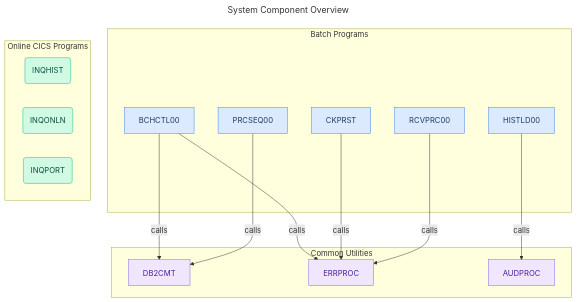
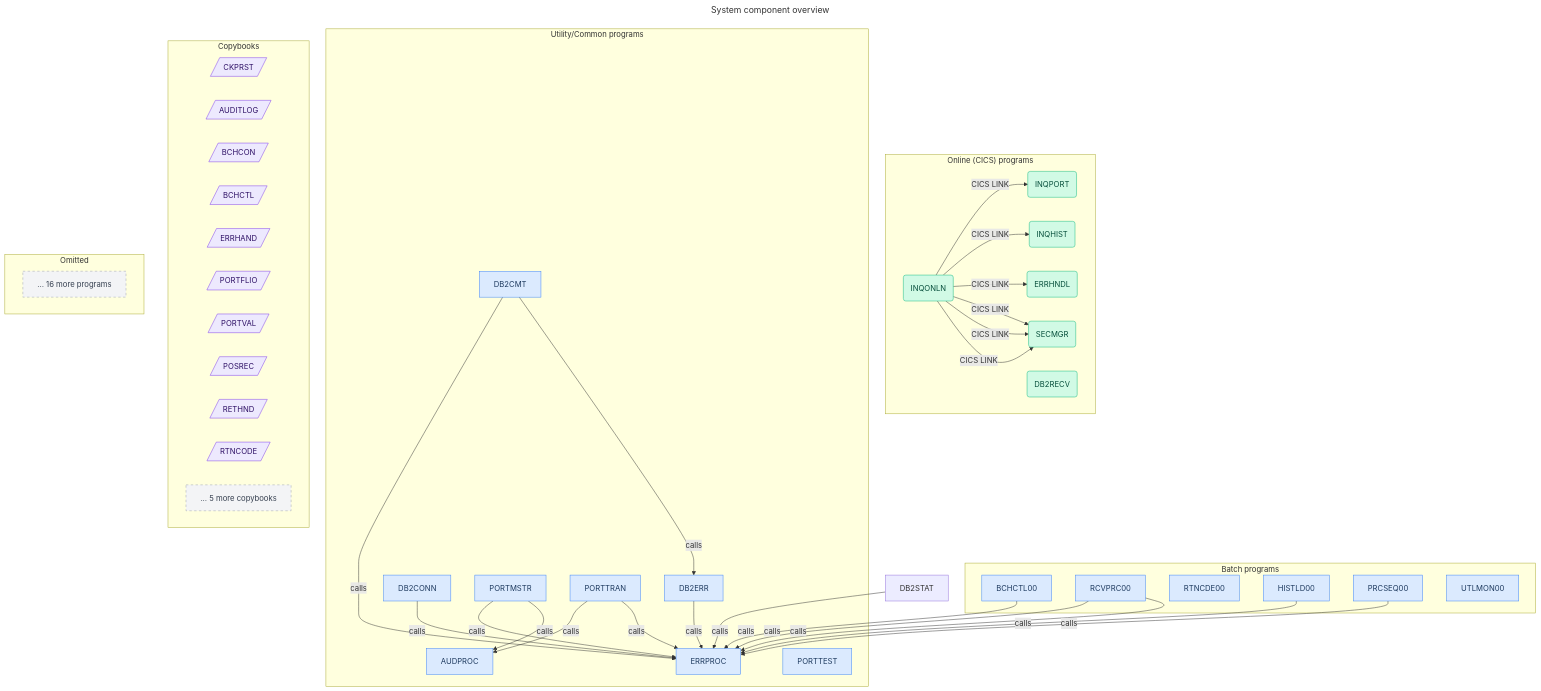
One commit to Udaradg/legacy-modernization-harness changed the diagram in output/diagram/diagrams/component_overview.mmd. Above: the diagram before and after it, drawn with Mermaid. The commit also changed 202 other files, not shown here.

```diff
--- a/output/diagram/diagrams/component_overview.mmd
+++ b/output/diagram/diagrams/component_overview.mmd
@@ -1,38 +1,81 @@
 ---
-title: System Component Overview
+title: System component overview
 ---
 flowchart TD
-  %% Generated by 6_diagram agent — component-mapper skill
-  %% Showing 42 programs and 106 call edges
+  %% Showing top 20 of 36 programs by connectivity
+  %% Generated by 6_diagram agent -- component-mapper skill
 
   classDef batch   fill:#dbeafe,stroke:#3b82f6,color:#1e3a5f
   classDef online  fill:#d1fae5,stroke:#10b981,color:#064e3b
-  classDef common  fill:#f0e7ff,stroke:#8b5cf6,color:#4c1d95
-  classDef external fill:#f3f4f6,stroke:#9ca3af,color:#374151
+  classDef copybook fill:#ede9fe,stroke:#7c3aed,color:#2e1065
+  classDef datastore fill:#fef3c7,stroke:#f59e0b,color:#451a03
+  classDef external fill:#f3f4f6,stroke:#9ca3af,color:#374151,stroke-dasharray:5 5
+  classDef jcl     fill:#ede9fe,stroke:#7c3aed,color:#2e1065
 
-  subgraph BATCH["Batch Programs"]
-    BCHCTL00["BCHCTL00"]:::batch
-    CKPRST["CKPRST"]:::batch
-    HISTLD00["HISTLD00"]:::batch
-    PRCSEQ00["PRCSEQ00"]:::batch
-    RCVPRC00["RCVPRC00"]:::batch
+  subgraph BATCH["Batch programs"]
+    BCHCTL00[BCHCTL00]:::batch
+    RCVPRC00[RCVPRC00]:::batch
+    RTNCDE00[RTNCDE00]:::batch
+    HISTLD00[HISTLD00]:::batch
+    PRCSEQ00[PRCSEQ00]:::batch
+    UTLMON00[UTLMON00]:::batch
   end
 
-  subgraph ONLINE["Online CICS Programs"]
-    INQHIST("INQHIST"):::online
-    INQONLN("INQONLN"):::online
-    INQPORT("INQPORT"):::online
+  subgraph ONLINE["Online (CICS) programs"]
+    INQONLN(INQONLN):::online
+    INQHIST(INQHIST):::online
+    INQPORT(INQPORT):::online
+    SECMGR(SECMGR):::online
+    DB2RECV(DB2RECV):::online
+    ERRHNDL(ERRHNDL):::online
   end
 
-  subgraph COMMON["Common Utilities"]
-    DB2CMT["DB2CMT"]:::common
-    ERRPROC["ERRPROC"]:::common
-    AUDPROC["AUDPROC"]:::common
+  subgraph UTIL["Utility/Common programs"]
+    ERRPROC[ERRPROC]:::batch
+    DB2ERR[DB2ERR]:::batch
+    DB2CMT[DB2CMT]:::batch
+    DB2CONN[DB2CONN]:::batch
+    AUDPROC[AUDPROC]:::batch
+    PORTMSTR[PORTMSTR]:::batch
+    PORTTEST[PORTTEST]:::batch
+    PORTTRAN[PORTTRAN]:::batch
   end
 
+  subgraph COPYBOOKS["Copybooks"]
+    CKPRST[/CKPRST/]:::copybook
+    AUDITLOG[/AUDITLOG/]:::copybook
+    BCHCON[/BCHCON/]:::copybook
+    BCHCTL[/BCHCTL/]:::copybook
+    ERRHAND[/ERRHAND/]:::copybook
+    PORTFLIO[/PORTFLIO/]:::copybook
+    PORTVAL[/PORTVAL/]:::copybook
+    POSREC[/POSREC/]:::copybook
+    RETHND[/RETHND/]:::copybook
+    RTNCODE[/RTNCODE/]:::copybook
+    OMITTED_CB["... 5 more copybooks"]:::external
+  end
+
+  subgraph OMITTED["Omitted"]
+    OMITTED_PROGS["... 16 more programs"]:::external
+  end
+
+  DB2CMT -->|calls| ERRPROC
+  DB2CMT -->|calls| DB2ERR
+  DB2ERR -->|calls| ERRPROC
   BCHCTL00 -->|calls| ERRPROC
-  BCHCTL00 -->|calls| DB2CMT
-  CKPRST -->|calls| ERRPROC
-  HISTLD00 -->|calls| AUDPROC
-  PRCSEQ00 -->|calls| DB2CMT
+  DB2STAT -->|calls| ERRPROC
+  HISTLD00 -->|calls| ERRPROC
+  DB2CONN -->|calls| ERRPROC
+  PORTMSTR -->|calls| ERRPROC
+  PORTMSTR -->|calls| AUDPROC
+  PORTTRAN -->|calls| AUDPROC
+  PORTTRAN -->|calls| ERRPROC
+  PRCSEQ00 -->|calls| ERRPROC
   RCVPRC00 -->|calls| ERRPROC
+  RCVPRC00 -->|calls| ERRPROC
+  INQONLN -->|CICS LINK| INQPORT
+  INQONLN -->|CICS LINK| INQHIST
+  INQONLN -->|CICS LINK| ERRHNDL
+  INQONLN -->|CICS LINK| SECMGR
+  INQONLN -->|CICS LINK| SECMGR
+  INQONLN -->|CICS LINK| SECMGR
```
